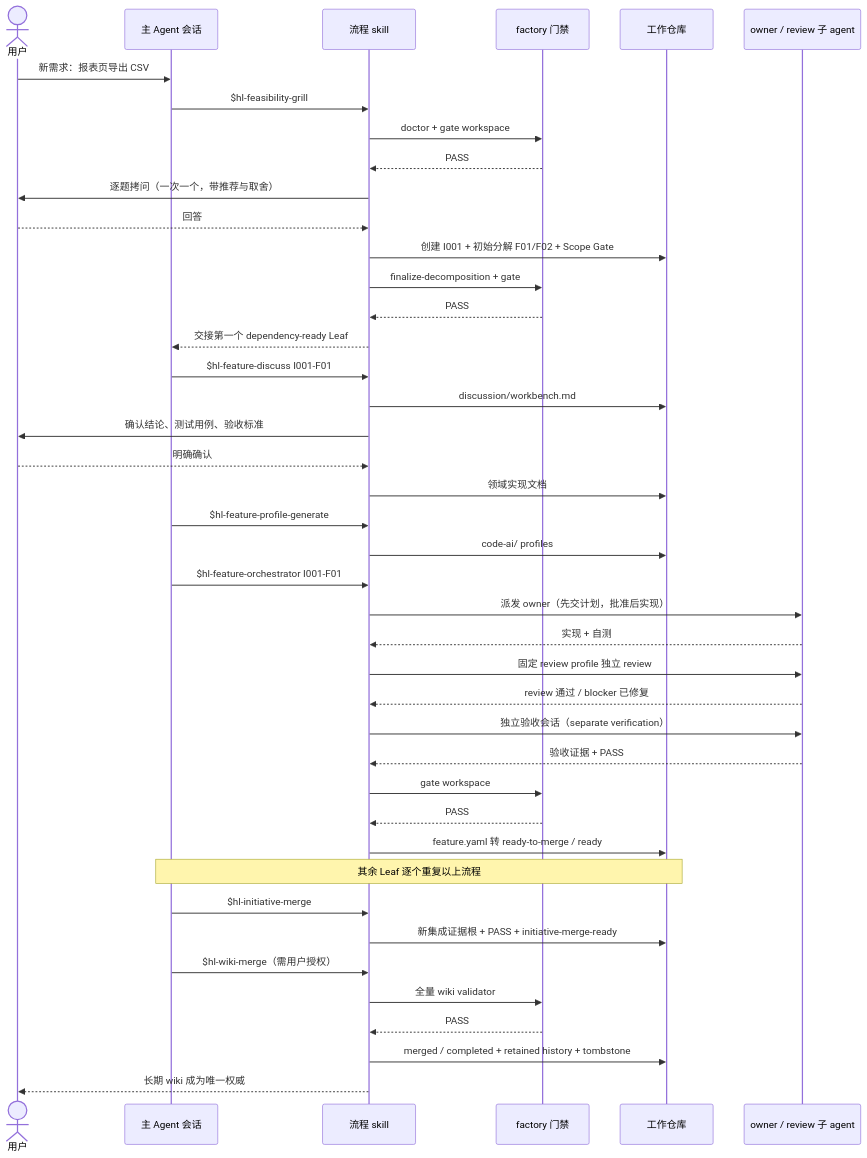
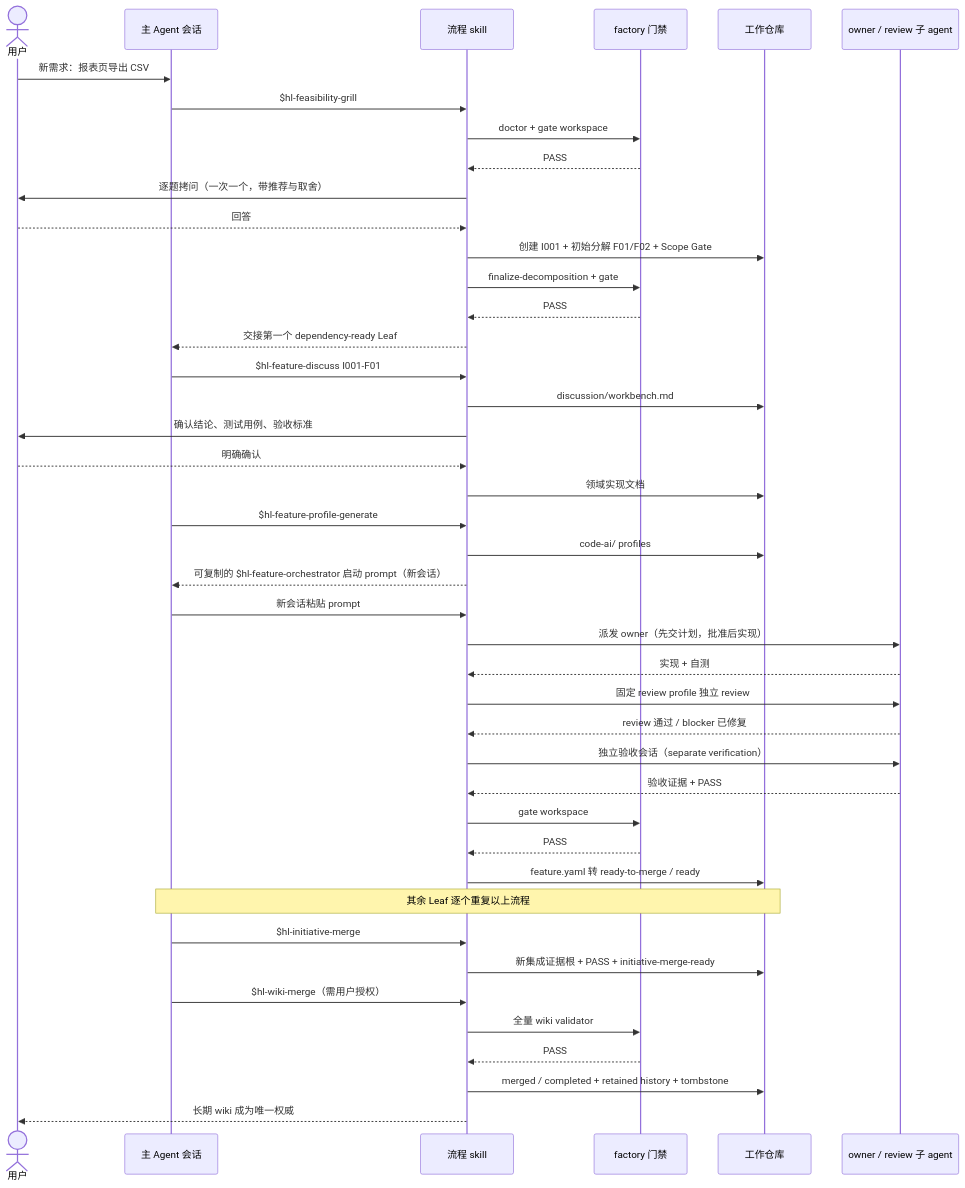
The third of 5 diagrams in README.md (SearchLeeeee/HighLand-factory), drawn with Mermaid before and after one commit. The commit also changed other lines of this file and 28 other files, not shown here.

````diff
--- a/README.md
+++ b/README.md
@@ -201,45 +201,46 @@
 ```mermaid
 sequenceDiagram
     actor U as 用户
     participant M as 主 Agent 会话
     participant S as 流程 skill
     participant G as factory 门禁
     participant W as 工作仓库
     participant C as owner / review 子 agent
 
     U->>M: 新需求：报表页导出 CSV
     M->>S: $hl-feasibility-grill
     S->>G: doctor + gate workspace
     G-->>S: PASS
     S->>U: 逐题拷问（一次一个，带推荐与取舍）
     U-->>S: 回答
     S->>W: 创建 I001 + 初始分解 F01/F02 + Scope Gate
     S->>G: finalize-decomposition + gate
     G-->>S: PASS
     S-->>M: 交接第一个 dependency-ready Leaf
     M->>S: $hl-feature-discuss I001-F01
     S->>W: discussion/workbench.md
     S->>U: 确认结论、测试用例、验收标准
     U-->>S: 明确确认
     S->>W: 领域实现文档
     M->>S: $hl-feature-profile-generate
     S->>W: code-ai/ profiles
-    M->>S: $hl-feature-orchestrator I001-F01
+    S-->>M: 可复制的 $hl-feature-orchestrator 启动 prompt（新会话）
+    M->>S: 新会话粘贴 prompt
     S->>C: 派发 owner（先交计划，批准后实现）
     C-->>S: 实现 + 自测
     S->>C: 固定 review profile 独立 review
     C-->>S: review 通过 / blocker 已修复
     S->>C: 独立验收会话（separate verification）
     C-->>S: 验收证据 + PASS
     S->>G: gate workspace
     G-->>S: PASS
     S->>W: feature.yaml 转 ready-to-merge / ready
     Note over M,W: 其余 Leaf 逐个重复以上流程
     M->>S: $hl-initiative-merge
     S->>W: 新集成证据根 + PASS + initiative-merge-ready
     M->>S: $hl-wiki-merge（需用户授权）
     S->>G: 全量 wiki validator
     G-->>S: PASS
     S->>W: merged / completed + retained history + tombstone
     S-->>U: 长期 wiki 成为唯一权威
 ```
````
